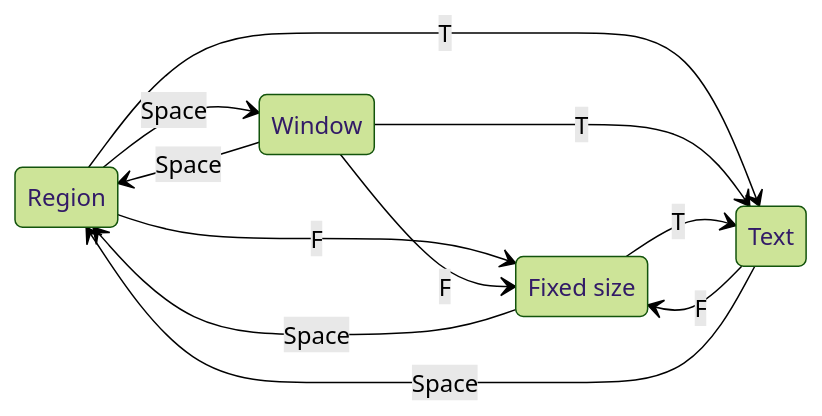
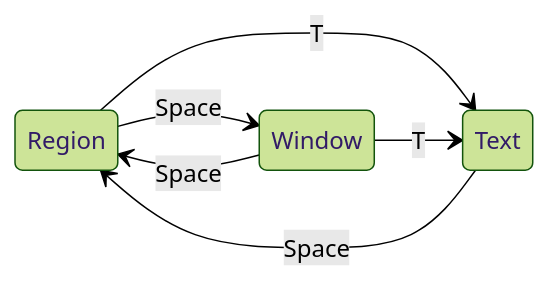
One commit to greenshot/greenshot changed the second of 2 diagrams in docs/capture-user-guide.md. Above: the diagram before and after it, drawn with Mermaid (forest theme). The commit also changed other lines of this file and 60 other files, not shown here.

````diff
--- a/docs/capture-user-guide.md
+++ b/docs/capture-user-guide.md
@@ -125,15 +70,9 @@
 ```mermaid
 stateDiagram-v2
     direction LR
     Region --> Window: Space
     Window --> Region: Space
-    Region --> FixedSize: F
-    Window --> FixedSize: F
-    Text --> FixedSize: F
     Region --> Text: T
     Window --> Text: T
-    FixedSize --> Text: T
-    FixedSize --> Region: Space
     Text --> Region: Space
-    FixedSize: Fixed size
 ```
````
